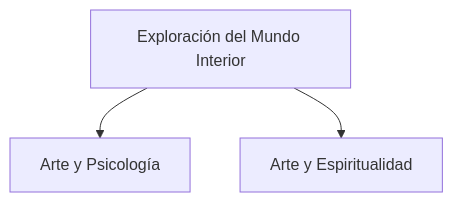
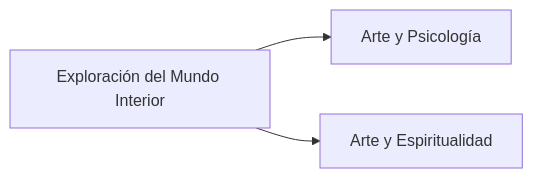
One commit to EGGS-Artesvisuales/EGGS-Artesvisuales.github.io changed the third of 3 diagrams in ES/diagrama.md. Above: the diagram before and after it, drawn with Mermaid.

```diff
--- a/ES/diagrama.md
+++ b/ES/diagrama.md
@@ -133,9 +133,9 @@
   <div class="mermaid">
-    graph TD
+    graph LR
       C[Exploración del Mundo Interior] --> C1[Arte y Psicología]
       C --> C2[Arte y Espiritualidad]
 
       click C "/interior.html" "Ir a Exploración del Mundo Interior"
       click C1 "/arte-y-psicologia.html" "Ir a Arte y Psicología"
       click C2 "/arte-y-espiritualidad.html" "Ir a Arte y Espiritualidad"
   </div>
```
